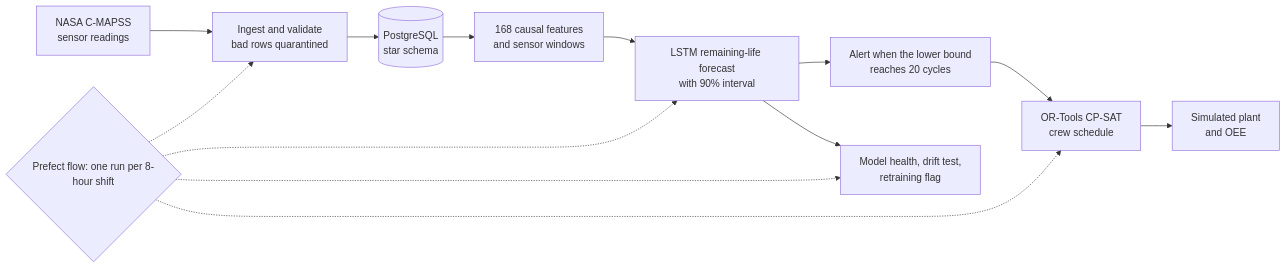
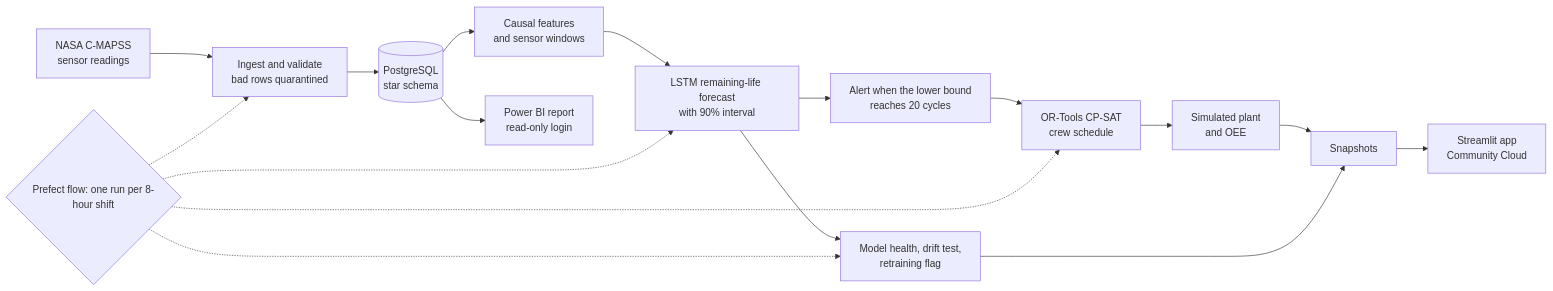
The diagram in README.md (krishna6116/Predictive-Maintenance-OEE), drawn with Mermaid before and after one commit. The commit also changed other lines of this file and 9 other files, not shown here.

First line of the commit message:
Phase 9 Step 2: write-up generated from the results files (README, case study, results, architecture, decisions, glossary, docs index, release notes)

````diff
--- a/README.md
+++ b/README.md
@@ -43,15 +46,18 @@
 ```mermaid
 flowchart LR
     A[NASA C-MAPSS<br/>sensor readings] --> B[Ingest and validate<br/>bad rows quarantined]
     B --> C[(PostgreSQL<br/>star schema)]
-    C --> D[168 causal features<br/>and sensor windows]
+    C --> D[Causal features<br/>and sensor windows]
     D --> E[LSTM remaining-life forecast<br/>with 90% interval]
     E --> F[Alert when the lower bound<br/>reaches 20 cycles]
     F --> G[OR-Tools CP-SAT<br/>crew schedule]
     G --> H[Simulated plant<br/>and OEE]
     E --> I[Model health, drift test,<br/>retraining flag]
+    C --> J[Power BI report<br/>read-only login]
+    H --> K[Snapshots] --> L[Streamlit app<br/>Community Cloud]
+    I --> K
     P{Prefect flow: one run per 8-hour shift} -.-> B
     P -.-> E
     P -.-> G
     P -.-> I
 ```
````
